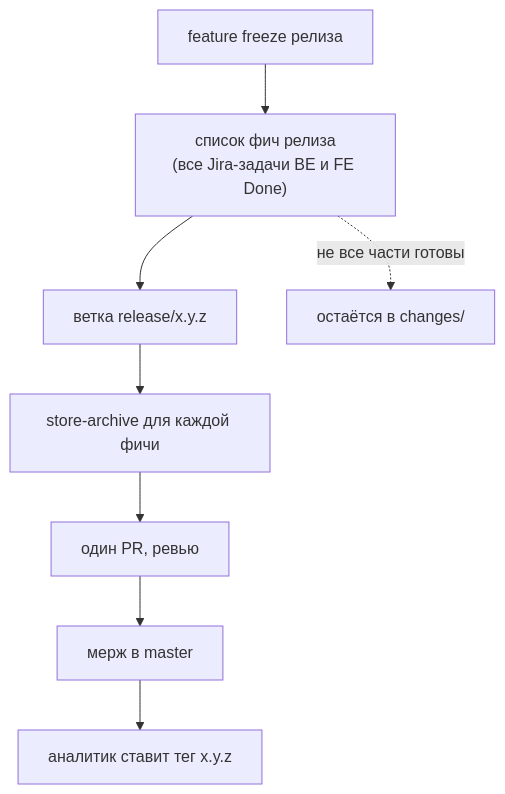
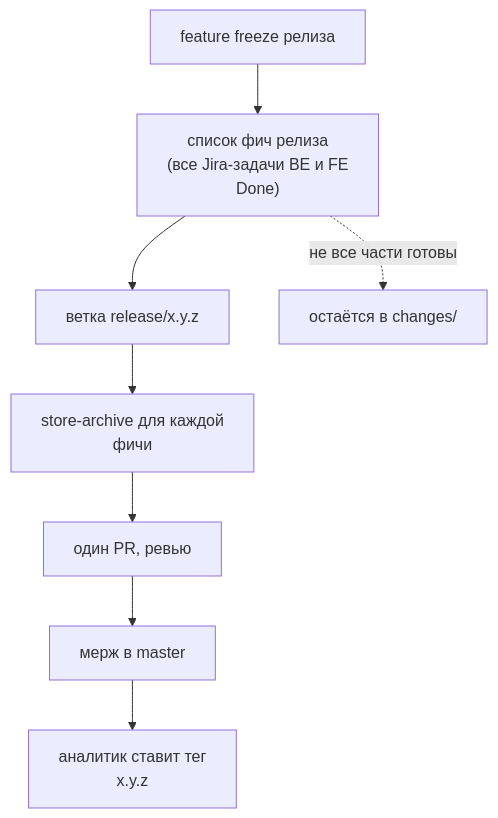
One commit to DanielUsov/SDD-Cookbook changed the second of 3 diagrams in OpenSpec/cases/Sber/04-Жизненный-цикл-фичи.md. Above: the diagram before and after it, drawn with Mermaid. The commit also changed other lines of this file and 21 other files, not shown here.

````diff
--- a/OpenSpec/cases/Sber/04-Жизненный-цикл-фичи.md
+++ b/OpenSpec/cases/Sber/04-Жизненный-цикл-фичи.md
@@ -64,10 +62,10 @@
 ```mermaid
 flowchart TB
-    FZ["feature freeze релиза"] --> L["список фич релиза<br/>(все Jira-задачи BE и FE Done)"]
+    FZ["feature freeze релиза"] --> L["список фич релиза<br/>(все Jira-задачи BE и FE<br/>Done)"]
     L --> BR["ветка release/x.y.z"]
-    BR --> AR["store-archive для каждой фичи"]
+    BR --> AR["store-archive для каждой<br/>фичи"]
     AR --> PR["один PR, ревью"]
     PR --> MG["мерж в master"]
-    MG --> TG["аналитик ставит тег x.y.z"]
+    MG --> TG["аналитик ставит тег<br/>x.y.z"]
     L -.->|"не все части готовы"| OUT["остаётся в changes/"]
 ```
````
